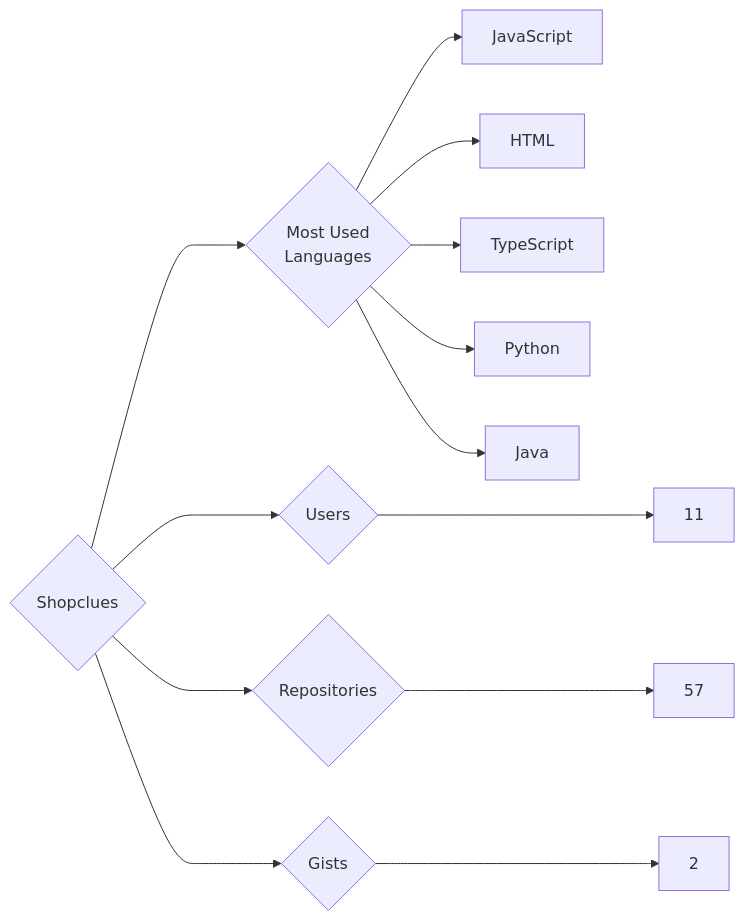
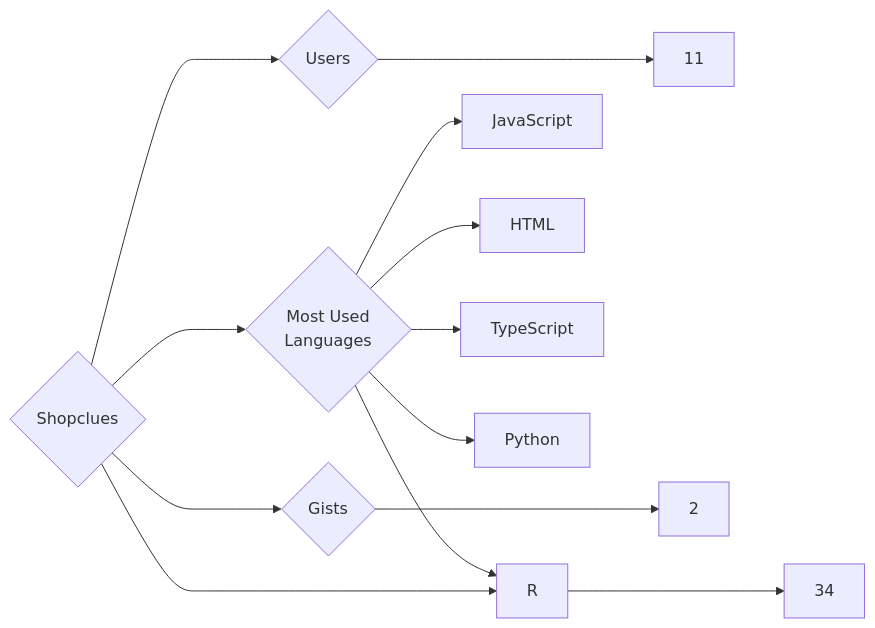
The diagram in targets/Shopclues/README.md (trickest/insiders), drawn with Mermaid before and after one commit. The commit also changed 939 other files, not shown here.

````diff
--- a/targets/Shopclues/README.md
+++ b/targets/Shopclues/README.md
@@ -3,13 +3,13 @@
 ```mermaid
 graph LR
 COMPANY_NAME{Shopclues}
 COMPANY_NAME ---> U{Users} ---> UN[11]
-COMPANY_NAME ---> R{Repositories} ---> RN[57]
+COMPANY_NAME ---> R{Repositories} ---> RN[34]
 COMPANY_NAME ---> G{Gists} ---> GN[2]
 COMPANY_NAME ---> ML{Most Used<br>Languages}
 ML --> JavaScript[JavaScript]
 ML --> HTML[HTML]
 ML --> TypeScript[TypeScript]
+ML --> R[R]
 ML --> Python[Python]
-ML --> Java[Java]
 ```
````
